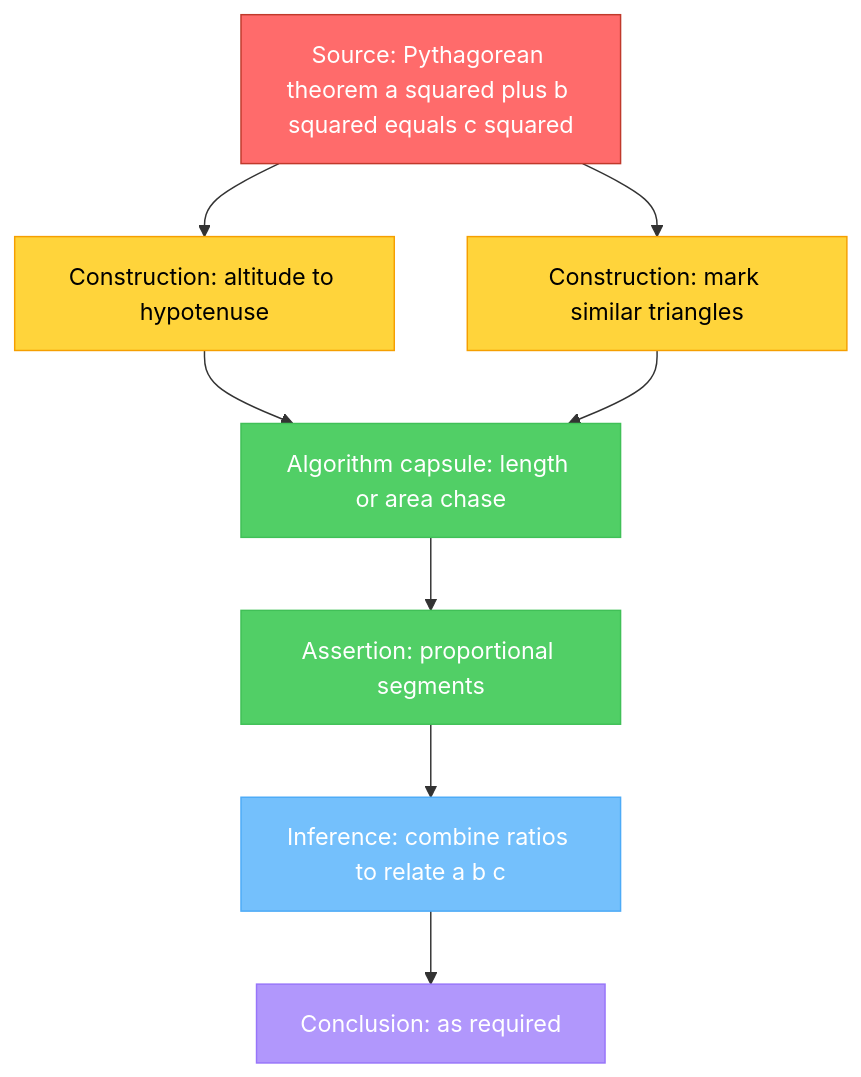
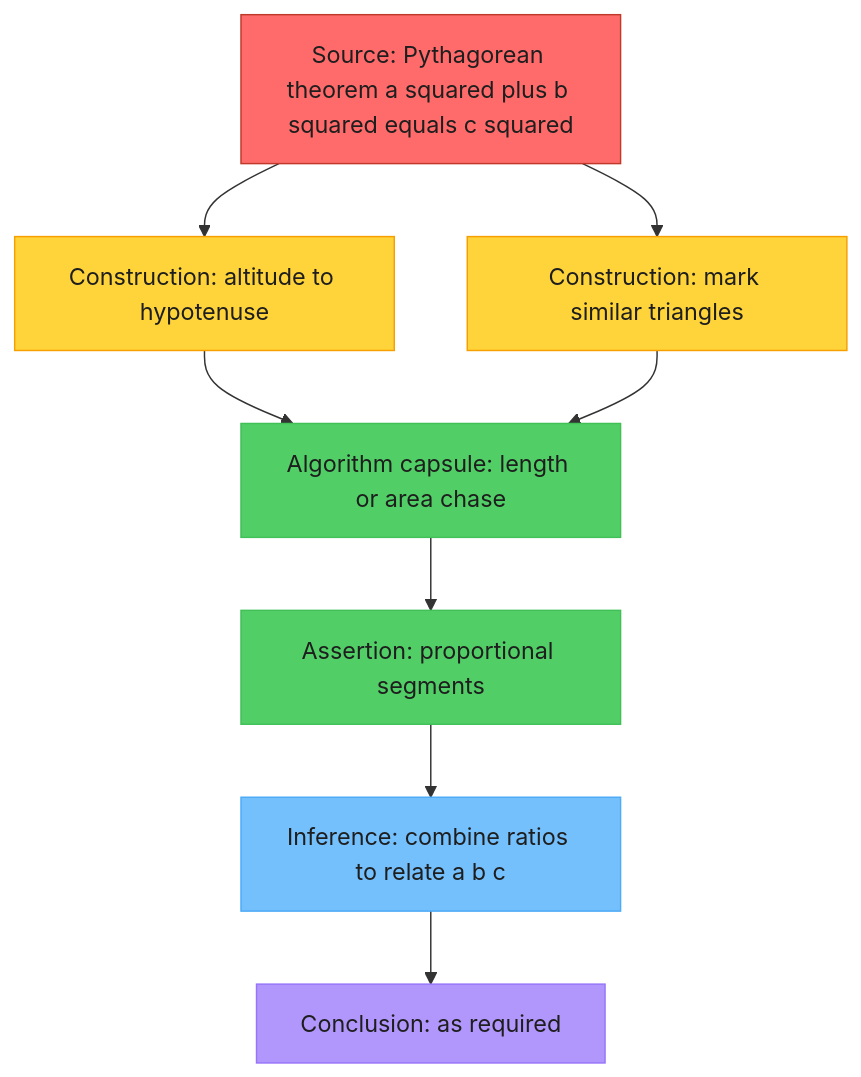
Before and after one commit to garywelz/progframe: the sixth of 8 diagrams in collaborations/mathematics-database/algorithms-axiomatic-theories-proofs-revised.md, drawn with Mermaid. The commit also changed other lines of this file and 12 other files, not shown here.

First line of the commit message:
Fix invisible figure labels: dark text on GLMP fills

````diff
--- a/collaborations/mathematics-database/algorithms-axiomatic-theories-proofs-revised.md
+++ b/collaborations/mathematics-database/algorithms-axiomatic-theories-proofs-revised.md
@@ -374,24 +374,24 @@
 ```mermaid
 flowchart TD
   T["Source: Pythagorean theorem a squared plus b squared equals c squared"]
   C1["Construction: altitude to hypotenuse"]
   C2["Construction: mark similar triangles"]
   AC["Algorithm capsule: length or area chase"]
   AS["Assertion: proportional segments"]
   I["Inference: combine ratios to relate a b c"]
   CO["Conclusion: as required"]
   T --> C1 --> AC
   T --> C2 --> AC
   AC --> AS --> I --> CO
-  classDef red fill:#ff6b6b,color:#fff,stroke:#c0392b
-  classDef yellow fill:#ffd43b,color:#000,stroke:#f59f00
-  classDef green fill:#51cf66,color:#fff,stroke:#40c057
-  classDef lightblue fill:#74c0fc,color:#fff,stroke:#4dabf7
-  classDef violet fill:#b197fc,color:#fff,stroke:#9775fa
+  classDef red fill:#ff6b6b,color:#1e1e1e,stroke:#c0392b
+  classDef yellow fill:#ffd43b,color:#1e1e1e,stroke:#f59f00
+  classDef green fill:#51cf66,color:#1e1e1e,stroke:#40c057
+  classDef lightblue fill:#74c0fc,color:#1e1e1e,stroke:#4dabf7
+  classDef violet fill:#b197fc,color:#1e1e1e,stroke:#9775fa
   class T red
   class C1,C2 yellow
   class AC green
   class AS green
   class I lightblue
   class CO violet
 ```
````
